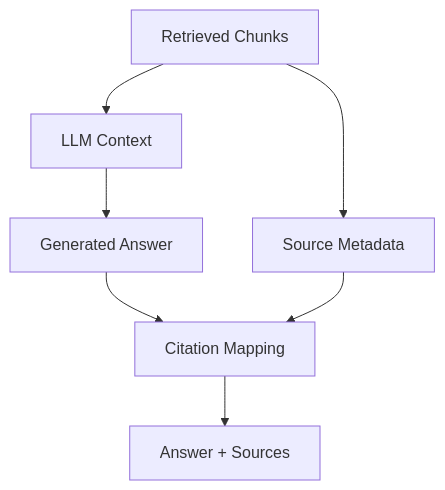
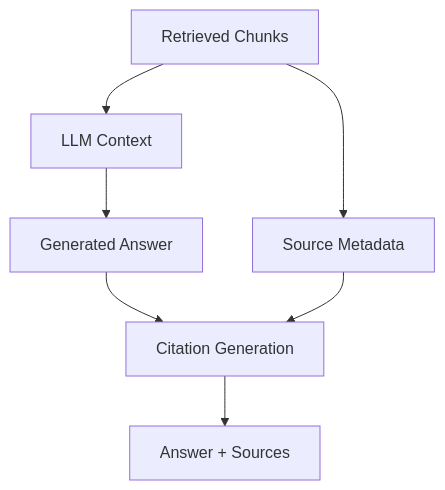
The ninth of 17 diagrams in docs/02-architecture.md (sabrahermassi/injury-journal-ai), drawn with Mermaid before and after one commit. The commit also changed 8 other files, not shown here.

````diff
--- a/docs/02-architecture.md
+++ b/docs/02-architecture.md
@@ -198,9 +198,9 @@
 ```mermaid
 flowchart TD
     C["Retrieved Chunks"] --> L["LLM Context"]
     C --> M["Source Metadata"]
     L --> A["Generated Answer"]
-    A --> V["Citation Mapping"]
+    A --> V["Citation Generation"]
     M --> V
     V --> R["Answer + Sources"]
 ```
````
